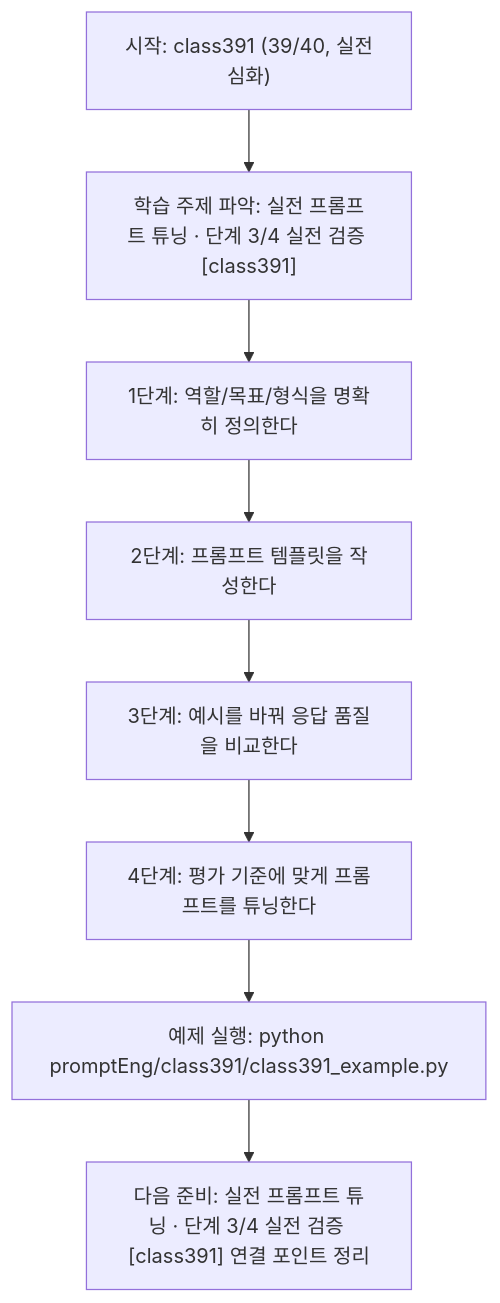
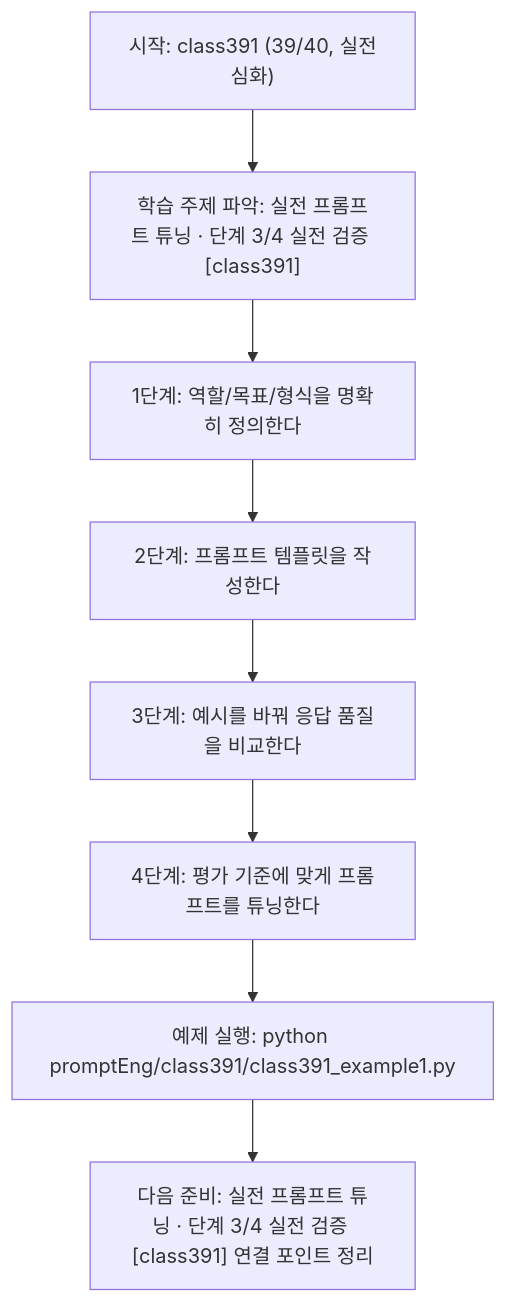
Before and after one commit to edumgt/Python-AI_Agent-Class: the diagram in promptEng/class391/class391.md, drawn with Mermaid. The commit also changed other lines of this file and 2959 other files, not shown here.

````diff
--- a/promptEng/class391/class391.md
+++ b/promptEng/class391/class391.md
@@ -110,18 +110,18 @@
 ```mermaid
 flowchart TD
 N1["시작: class391 (39/40, 실전심화)"]
 N2["학습 주제 파악: 실전 프롬프트 튜닝 · 단계 3/4 실전 검증 [class391]"]
 N3["1단계: 역할/목표/형식을 명확히 정의한다"]
 N4["2단계: 프롬프트 템플릿을 작성한다"]
 N5["3단계: 예시를 바꿔 응답 품질을 비교한다"]
 N6["4단계: 평가 기준에 맞게 프롬프트를 튜닝한다"]
-N7["예제 실행: python promptEng/class391/class391_example.py"]
+N7["예제 실행: python promptEng/class391/class391_example1.py"]
 N8["다음 준비: 실전 프롬프트 튜닝 · 단계 3/4 실전 검증 [class391] 연결 포인트 정리"]
 N1 --> N2
 N2 --> N3
 N3 --> N4
 N4 --> N5
 N5 --> N6
 N6 --> N7
 N7 --> N8
 ```
````
